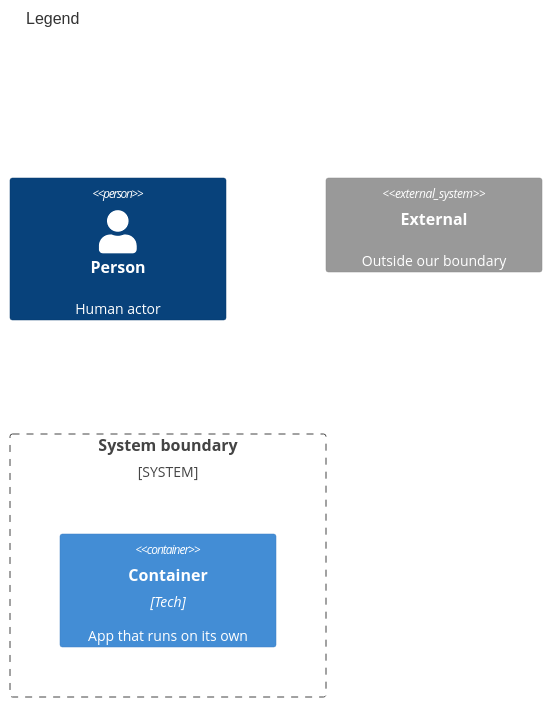
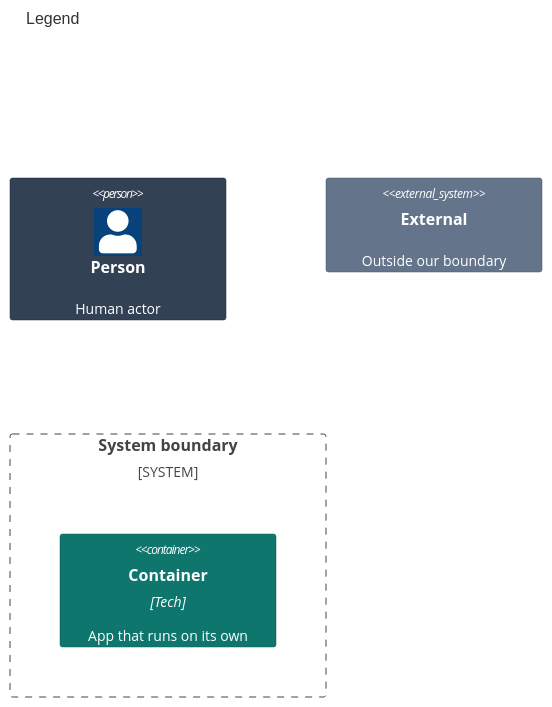
One commit to may-journal/apple-ui-testing-library changed the second of 2 diagrams in docs/architecture/02-containers.md. Above: the diagram before and after it, drawn with Mermaid. The commit also changed other lines of this file and 7 other files, not shown here.

First line of the commit message:
docs(architecture): draw each view in the form and palette of its level (#107)

````diff
--- a/docs/architecture/02-containers.md
+++ b/docs/architecture/02-containers.md
@@ -38,10 +47,14 @@
 ```mermaid
 C4Container
     title Legend
 
     Person(p, "Person", "Human actor")
     System_Boundary(b, "System boundary") {
         Container(c, "Container", "Tech", "App that runs on its own")
     }
     System_Ext(e, "External", "Outside our boundary")
+
+    UpdateElementStyle(p, $bgColor="#334155", $borderColor="#1e293b", $fontColor="#ffffff")
+    UpdateElementStyle(c, $bgColor="#0f766e", $borderColor="#115e59", $fontColor="#ffffff")
+    UpdateElementStyle(e, $bgColor="#64748b", $borderColor="#475569", $fontColor="#ffffff")
 ```
````
